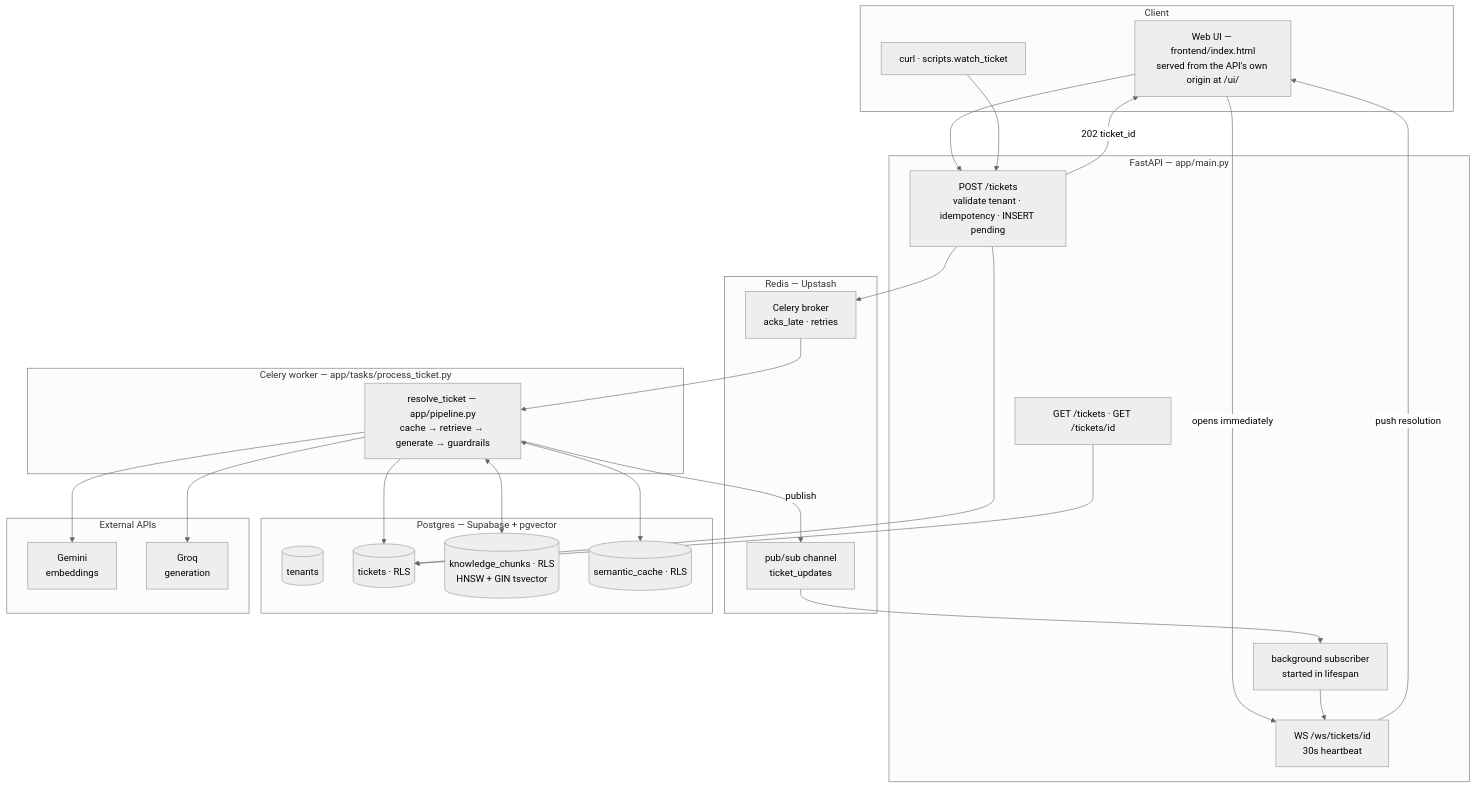
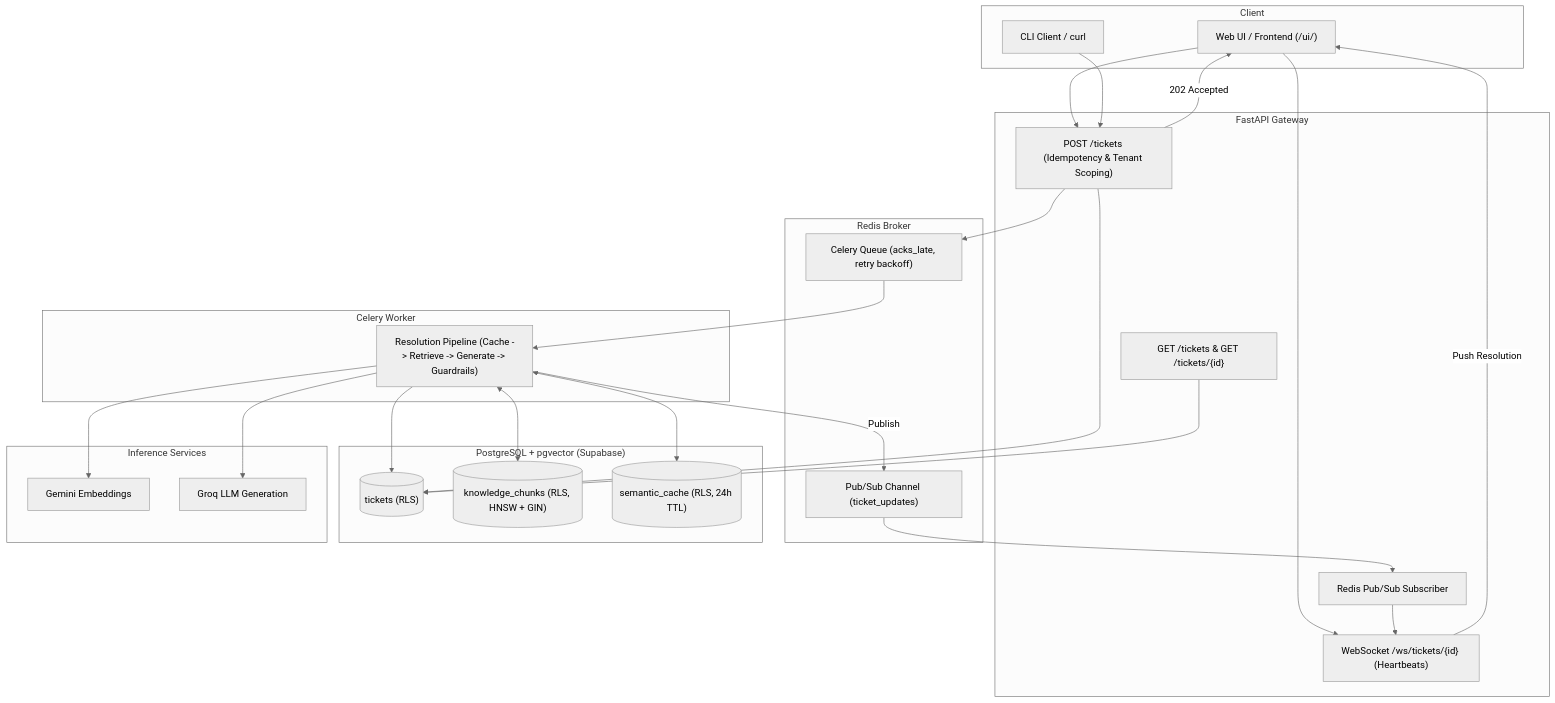
The first of 4 diagrams in README.md (Shardul9999/AI-Support-Copilot), drawn with Mermaid (neutral theme) before and after one commit. The commit also changed other lines of this file, not shown here.

Commit message:
docs: streamline README, condense architecture sections, and remove emojis

````diff
--- a/README.md
+++ b/README.md
@@ -25,53 +9,52 @@
 ```mermaid
 flowchart TB
-    subgraph client["Client"]
-        UI["Web UI — frontend/index.html<br/>served from the API's own origin at /ui/"]
-        CLI["curl · scripts.watch_ticket"]
+    subgraph Client
+        UI["Web UI / Frontend (/ui/)"]
+        CLI["CLI Client / curl"]
     end
 
-    subgraph api["FastAPI — app/main.py"]
-        POST["POST /tickets<br/>validate tenant · idempotency · INSERT pending"]
-        READ["GET /tickets · GET /tickets/id"]
-        WSR["WS /ws/tickets/id<br/>30s heartbeat"]
-        SUBS["background subscriber<br/>started in lifespan"]
+    subgraph API["FastAPI Gateway"]
+        POST["POST /tickets (Idempotency & Tenant Scoping)"]
+        GET["GET /tickets & GET /tickets/{id}"]
+        WS["WebSocket /ws/tickets/{id} (Heartbeats)"]
+        SUB["Redis Pub/Sub Subscriber"]
     end
 
-    subgraph queue["Redis — Upstash"]
-        BROKER["Celery broker<br/>acks_late · retries"]
-        CHAN["pub/sub channel<br/>ticket_updates"]
+    subgraph Queue["Redis Broker"]
+        BROKER["Celery Queue (acks_late, retry backoff)"]
+        PUBSUB["Pub/Sub Channel (ticket_updates)"]
     end
 
-    subgraph worker["Celery worker — app/tasks/process_ticket.py"]
-        PIPE["resolve_ticket — app/pipeline.py<br/>cache → retrieve → generate → guardrails"]
+    subgraph Worker["Celery Worker"]
+        PIPE["Resolution Pipeline (Cache -> Retrieve -> Generate -> Guardrails)"]
     end
 
-    subgraph db["Postgres — Supabase + pgvector"]
-        T[("tenants")]
-        TK[("tickets · RLS")]
-        KC[("knowledge_chunks · RLS<br/>HNSW + GIN tsvector")]
-        SC[("semantic_cache · RLS")]
+    subgraph Database["PostgreSQL + pgvector (Supabase)"]
+        TK[("tickets (RLS)")]
+        KC[("knowledge_chunks (RLS, HNSW + GIN)")]
+        SC[("semantic_cache (RLS, 24h TTL)")]
     end
 
-    subgraph ext["External APIs"]
-        GEM["Gemini<br/>embeddings"]
-        GROQ["Groq<br/>generation"]
+    subgraph External["Inference Services"]
+        GEM["Gemini Embeddings"]
+        GROQ["Groq LLM Generation"]
     end
 
     UI --> POST
     CLI --> POST
     POST --> TK
     POST --> BROKER
-    POST -->|"202 ticket_id"| UI
-    UI -->|"opens immediately"| WSR
+    POST -->|"202 Accepted"| UI
+    UI --> WS
     BROKER --> PIPE
     PIPE <--> SC
     PIPE <--> KC
     PIPE --> GEM
     PIPE --> GROQ
     PIPE --> TK
-    PIPE -->|"publish"| CHAN
-    CHAN --> SUBS
-    SUBS --> WSR
-    WSR -->|"push resolution"| UI
-    READ --> TK
+    PIPE -->|"Publish"| PUBSUB
+    PUBSUB --> SUB
+    SUB --> WS
+    WS -->|"Push Resolution"| UI
+    GET --> TK
 ```
````
